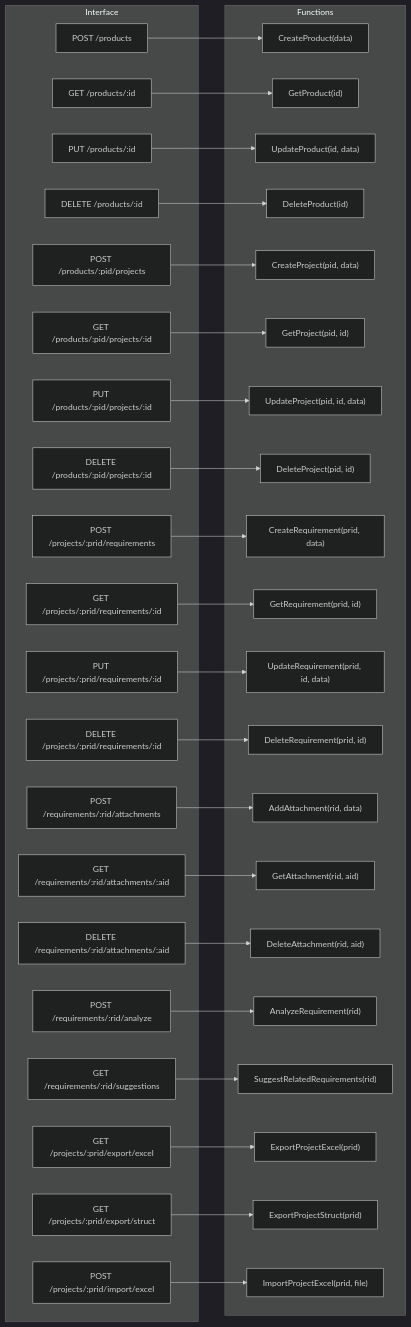
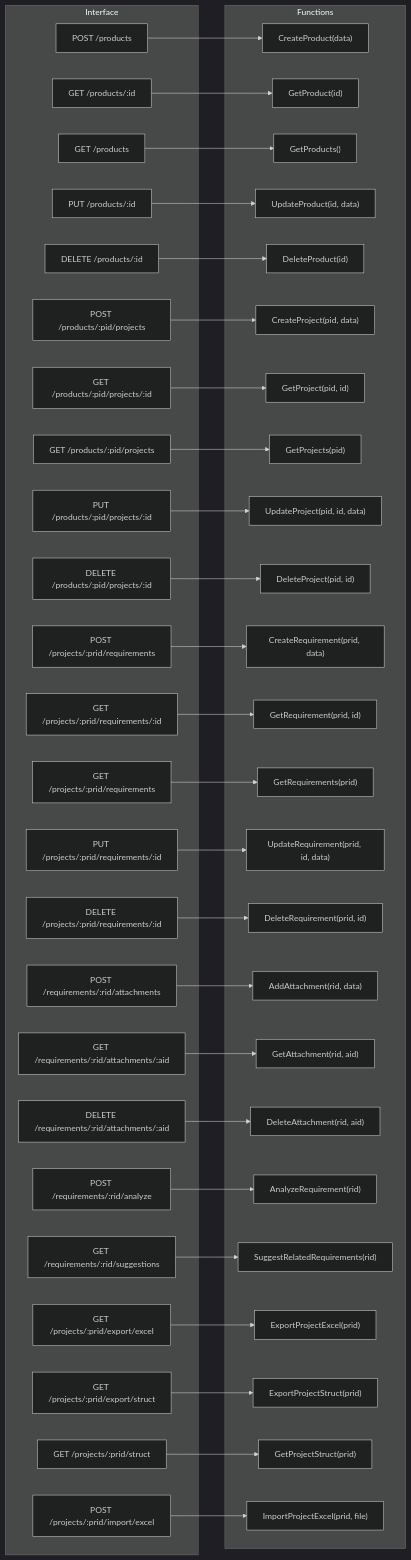
One commit to rjboer/PMFS changed the second of 2 diagrams in examples/webinterface/architecture.md. Above: the diagram before and after it, drawn with Mermaid (dark theme). The commit also changed other lines of this file, not shown here.

Commit message:
docs: expand web interface example

````diff
--- a/examples/webinterface/architecture.md
+++ b/examples/webinterface/architecture.md
@@ -18,16 +18,19 @@
     subgraph Interface
         PPOST["POST /products"]
         PGET["GET /products/:id"]
+        PGETALL["GET /products"]
         PPUT["PUT /products/:id"]
         PDEL["DELETE /products/:id"]
 
         PRPOST["POST /products/:pid/projects"]
         PRGET["GET /products/:pid/projects/:id"]
+        PRGETALL["GET /products/:pid/projects"]
         PRPUT["PUT /products/:pid/projects/:id"]
         PRDEL["DELETE /products/:pid/projects/:id"]
 
         RPOST["POST /projects/:prid/requirements"]
         RGET["GET /projects/:prid/requirements/:id"]
+        RGETALL["GET /projects/:prid/requirements"]
         RPUT["PUT /projects/:prid/requirements/:id"]
         RDEL["DELETE /projects/:prid/requirements/:id"]
 
@@ -40,6 +43,7 @@
 
         EXGET["GET /projects/:prid/export/excel"]
         EXSTR["GET /projects/:prid/export/struct"]
+        PRSTRUCT["GET /projects/:prid/struct"]
         IMPOST["POST /projects/:prid/import/excel"]
     end
 
@@ -47,16 +51,19 @@
     subgraph Functions
         CreateProduct["CreateProduct(data)"]
         GetProduct["GetProduct(id)"]
+        GetProducts["GetProducts()"]
         UpdateProduct["UpdateProduct(id, data)"]
         DeleteProduct["DeleteProduct(id)"]
 
         CreateProject["CreateProject(pid, data)"]
         GetProject["GetProject(pid, id)"]
+        GetProjects["GetProjects(pid)"]
         UpdateProject["UpdateProject(pid, id, data)"]
         DeleteProject["DeleteProject(pid, id)"]
 
         CreateRequirement["CreateRequirement(prid, data)"]
         GetRequirement["GetRequirement(prid, id)"]
+        GetRequirements["GetRequirements(prid)"]
         UpdateRequirement["UpdateRequirement(prid, id, data)"]
         DeleteRequirement["DeleteRequirement(prid, id)"]
 
@@ -69,22 +76,26 @@
 
         ExportExcel["ExportProjectExcel(prid)"]
         ExportStruct["ExportProjectStruct(prid)"]
+        GetStruct["GetProjectStruct(prid)"]
         ImportExcel["ImportProjectExcel(prid, file)"]
     end
 
     %% Mappings between interface endpoints and backend functions
     PPOST --> CreateProduct
     PGET --> GetProduct
+    PGETALL --> GetProducts
     PPUT --> UpdateProduct
     PDEL --> DeleteProduct
 
     PRPOST --> CreateProject
     PRGET --> GetProject
+    PRGETALL --> GetProjects
     PRPUT --> UpdateProject
     PRDEL --> DeleteProject
 
     RPOST --> CreateRequirement
     RGET --> GetRequirement
+    RGETALL --> GetRequirements
     RPUT --> UpdateRequirement
     RDEL --> DeleteRequirement
 
@@ -97,5 +108,6 @@
 
     EXGET --> ExportExcel
     EXSTR --> ExportStruct
+    PRSTRUCT --> GetStruct
     IMPOST --> ImportExcel
 ```
````
